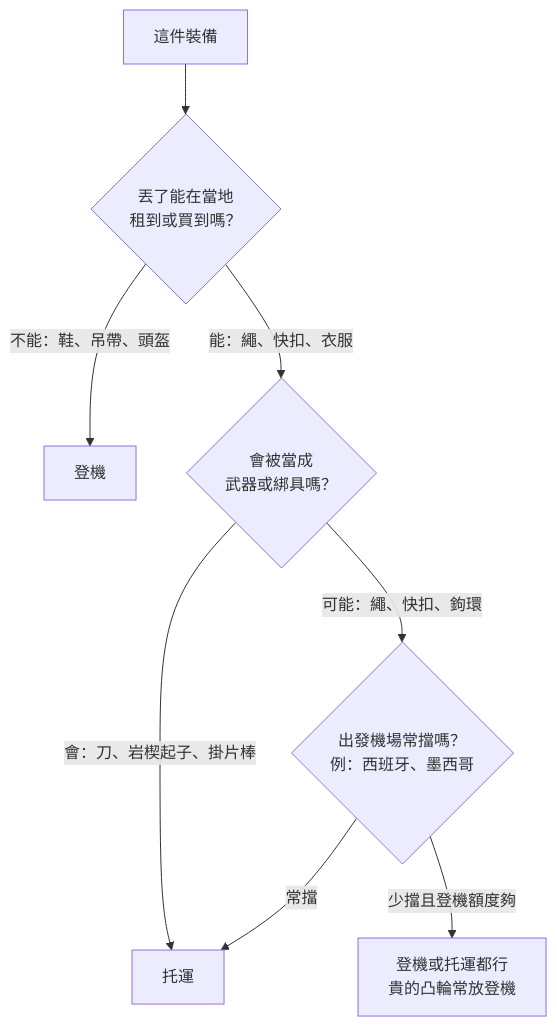
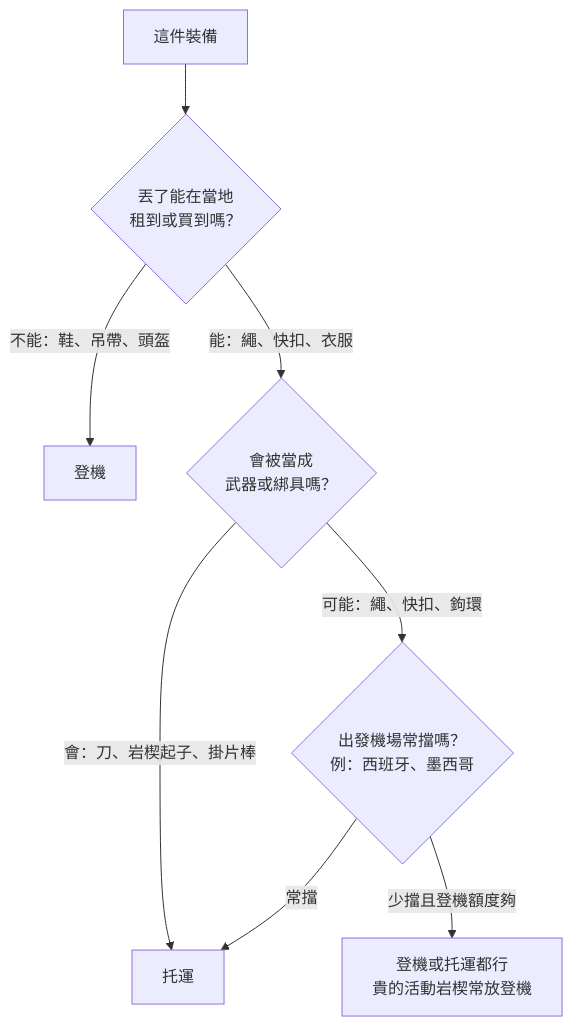
Before and after one commit to vincentxuu/quidproquo: the diagram in src/content/posts/climbing/2026-10-19-climbing-travel-packing-examples.md, drawn with Mermaid. The commit also changed other lines of this file and 10 other files, not shown here.

````diff
--- a/src/content/posts/climbing/2026-10-19-climbing-travel-packing-examples.md
+++ b/src/content/posts/climbing/2026-10-19-climbing-travel-packing-examples.md
@@ -203,10 +203,10 @@
 ```mermaid
 flowchart TB
   A["這件裝備"] --> B{"丟了能在當地<br/>租到或買到嗎？"}
   B -->|"不能：鞋、吊帶、頭盔"| C["登機"]
   B -->|"能：繩、快扣、衣服"| D{"會被當成<br/>武器或綁具嗎？"}
   D -->|"會：刀、岩楔起子、掛片棒"| E["托運"]
   D -->|"可能：繩、快扣、鉤環"| F{"出發機場常擋嗎？<br/>例：西班牙、墨西哥"}
   F -->|"常擋"| E
-  F -->|"少擋且登機額度夠"| G["登機或托運都行<br/>貴的凸輪常放登機"]
+  F -->|"少擋且登機額度夠"| G["登機或托運都行<br/>貴的活動岩楔常放登機"]
 ```
````
